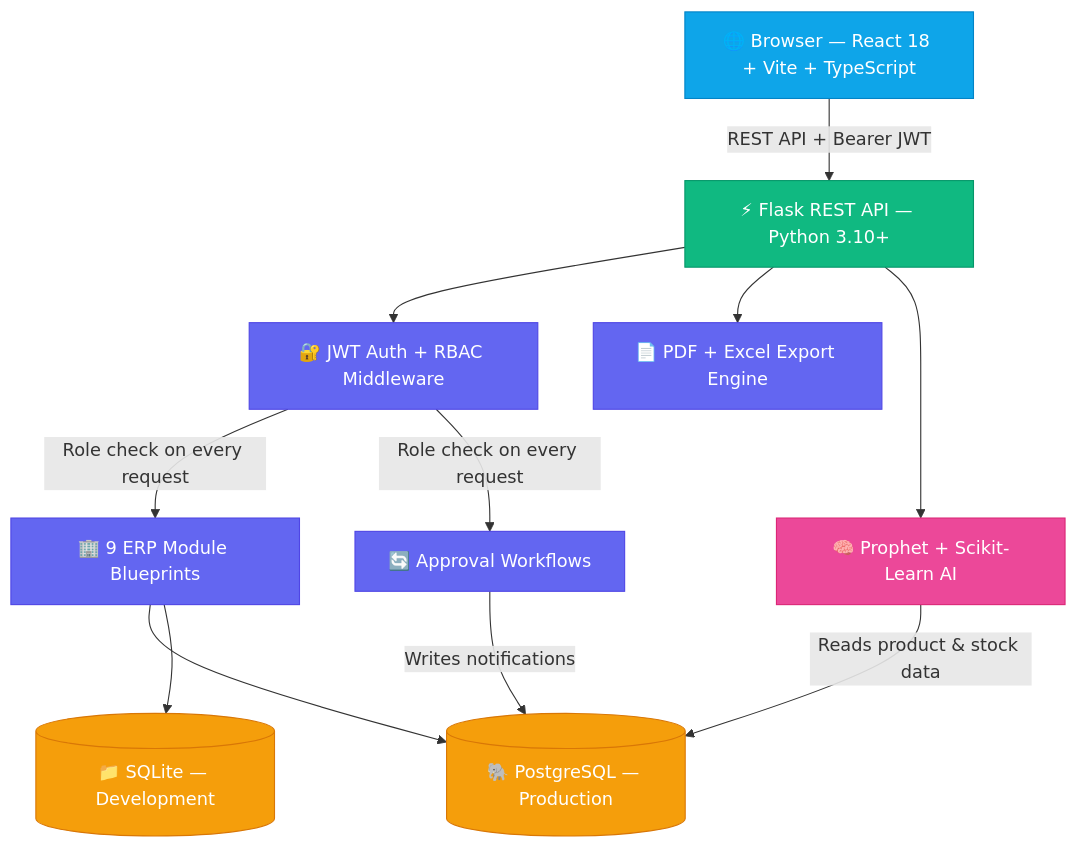
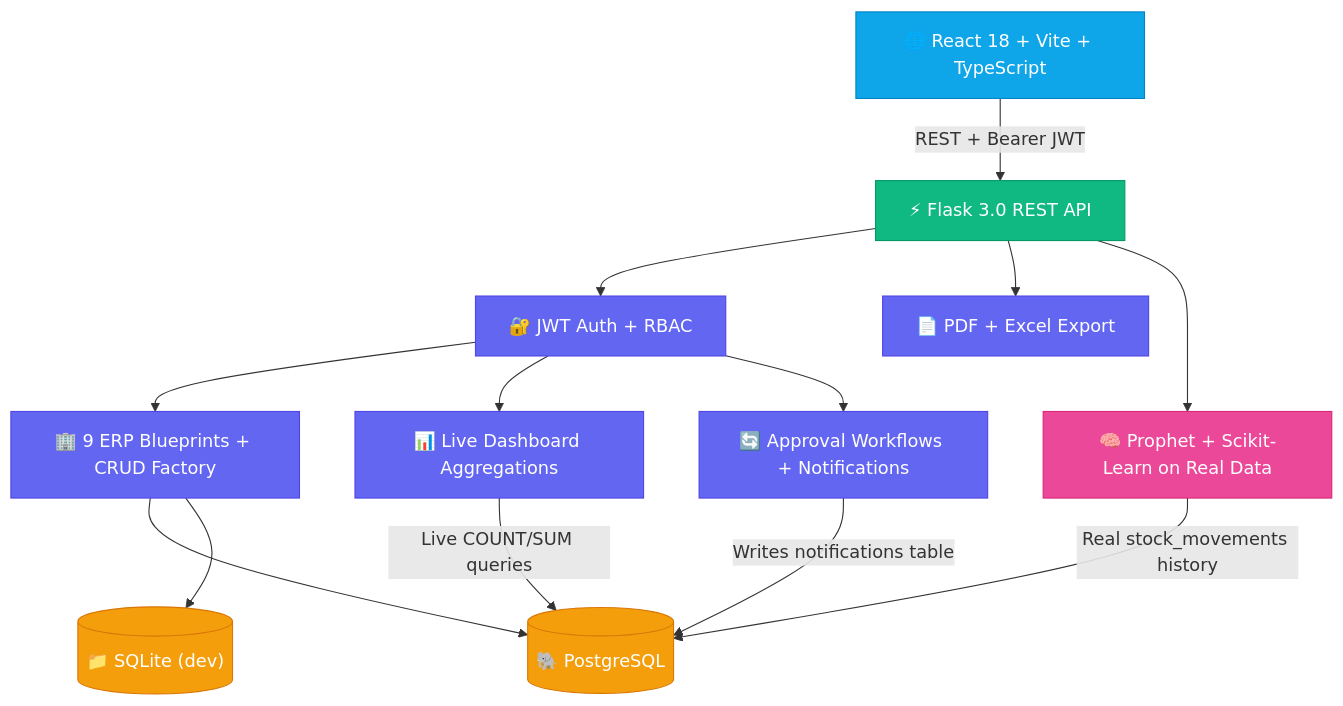
Before and after one commit to adrajameet7805/AI-Powered-ERP-System: the diagram in README.md, drawn with Mermaid. The commit also changed other lines of this file and 23 other files, not shown here.

````diff
--- a/README.md
+++ b/README.md
@@ -167,31 +146,34 @@
 ```mermaid
 graph TD
     classDef client fill:#0ea5e9,stroke:#0284c7,color:#fff
     classDef api fill:#10b981,stroke:#059669,color:#fff
     classDef service fill:#6366f1,stroke:#4f46e5,color:#fff
     classDef db fill:#f59e0b,stroke:#d97706,color:#fff
     classDef ai fill:#ec4899,stroke:#db2777,color:#fff
 
-    Browser["🌐 Browser — React 18 + Vite + TypeScript"]:::client
-    Flask["⚡ Flask REST API — Python 3.10+"]:::api
+    Browser["🌐 React 18 + Vite + TypeScript"]:::client
+    Flask["⚡ Flask 3.0 REST API"]:::api
 
-    Auth["🔐 JWT Auth + RBAC Middleware"]:::service
-    CRUD["🏢 9 ERP Module Blueprints"]:::service
-    Workflow["🔄 Approval Workflows"]:::service
-    Export["📄 PDF + Excel Export Engine"]:::service
-    AI["🧠 Prophet + Scikit-Learn AI"]:::ai
+    Auth["🔐 JWT Auth + RBAC"]:::service
+    CRUD["🏢 9 ERP Blueprints + CRUD Factory"]:::service
+    Dashboard["📊 Live Dashboard Aggregations"]:::service
+    Workflow["🔄 Approval Workflows + Notifications"]:::service
+    Export["📄 PDF + Excel Export"]:::service
+    AI["🧠 Prophet + Scikit-Learn on Real Data"]:::ai
 
-    PG[("🐘 PostgreSQL — Production")]:::db
-    SQ[("📁 SQLite — Development")]:::db
+    PG[("🐘 PostgreSQL")]:::db
+    SQ[("📁 SQLite (dev)")]:::db
 
-    Browser -->|"REST API + Bearer JWT"| Flask
+    Browser -->|"REST + Bearer JWT"| Flask
     Flask --> Auth
-    Auth -->|"Role check on every request"| CRUD
-    Auth -->|"Role check on every request"| Workflow
+    Auth --> CRUD
+    Auth --> Dashboard
+    Auth --> Workflow
     Flask --> Export
     Flask --> AI
     CRUD --> PG
     CRUD --> SQ
-    Workflow -->|"Writes notifications"| PG
-    AI -->|"Reads product & stock data"| PG
+    Dashboard -->|"Live COUNT/SUM queries"| PG
+    AI -->|"Real stock_movements history"| PG
+    Workflow -->|"Writes notifications table"| PG
 ```
````
